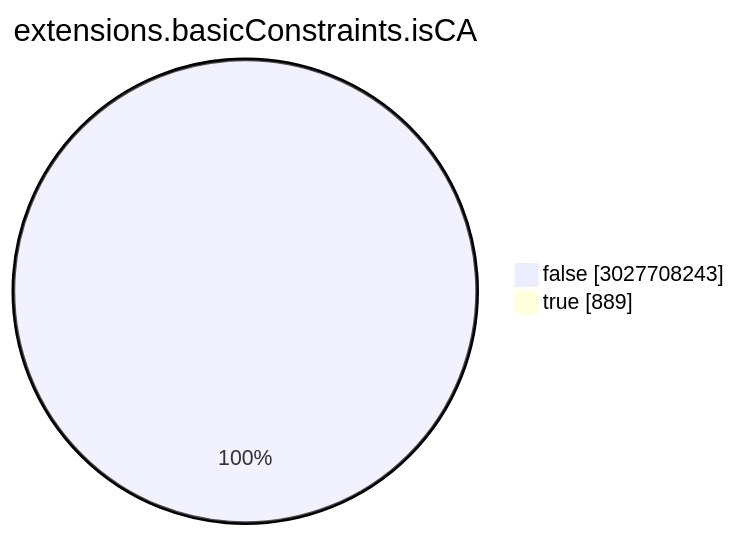
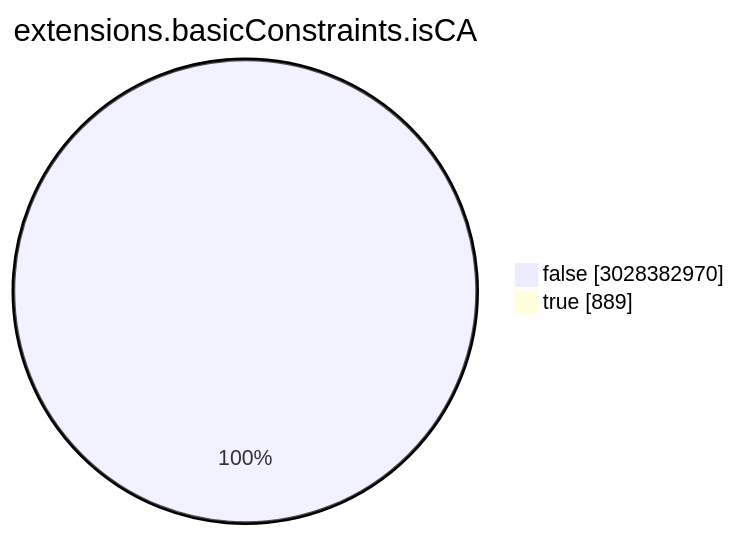
The seventh of 15 diagrams in TOTAL/README.md (christiankrug/ctmonitor_visualization), drawn with Mermaid before and after one commit. The commit also changed other lines of this file, not shown here.

````diff
--- a/TOTAL/README.md
+++ b/TOTAL/README.md
@@ -3086,6 +3086,6 @@
 ```mermaid
 pie showData
 title extensions.basicConstraints.isCA
-"false" :3027708243
+"false" :3028382970
 "true" :889
 ```
````
